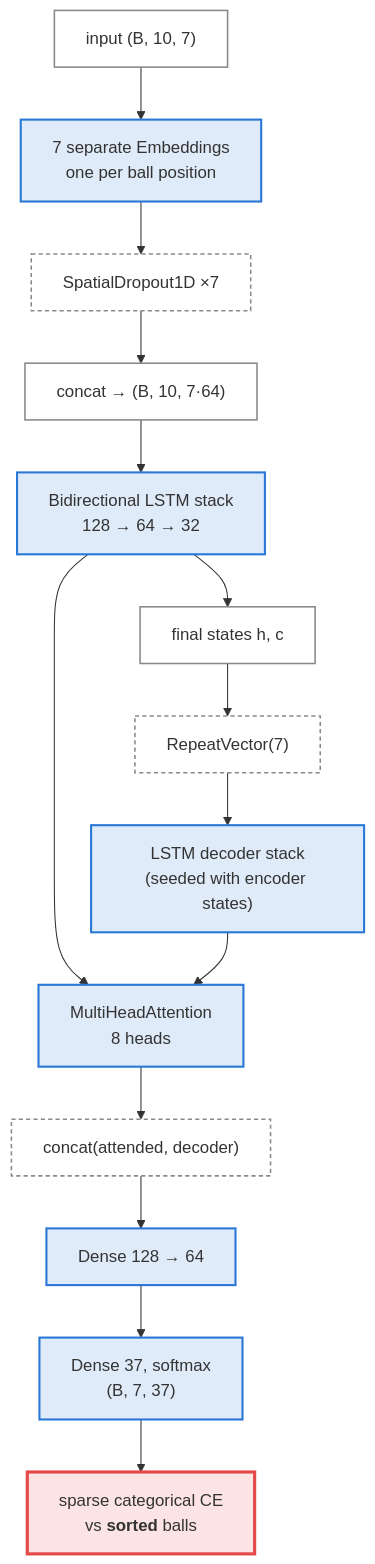
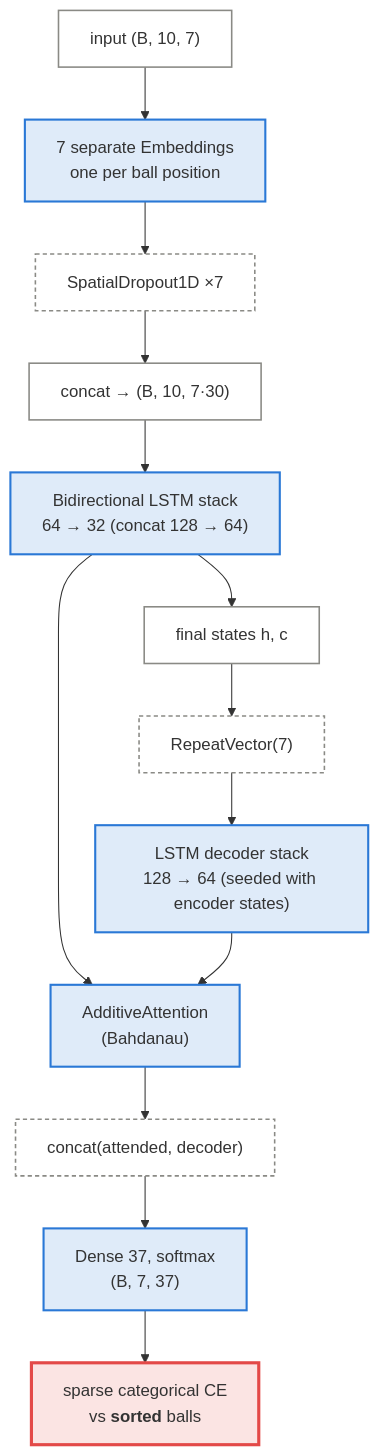
One commit to Timorleiderman/ILotto changed the first of 5 diagrams in docs/approaches/legacy-models.md. Above: the diagram before and after it, drawn with Mermaid. The commit also changed other lines of this file and 40 other files, not shown here.

````diff
--- a/docs/approaches/legacy-models.md
+++ b/docs/approaches/legacy-models.md
@@ -49,26 +49,25 @@
 ```mermaid
 flowchart TB
   I["input (B, 10, 7)"] --> E["7 separate Embeddings<br/>one per ball position"]
   E --> SD["SpatialDropout1D ×7"]
-  SD --> CC["concat → (B, 10, 7·64)"]
-  CC --> EN["Bidirectional LSTM stack<br/>128 → 64 → 32"]
+  SD --> CC["concat → (B, 10, 7·30)"]
+  CC --> EN["Bidirectional LSTM stack<br/>64 → 32 (concat 128 → 64)"]
   EN --> ST["final states h, c"]
   ST --> RV["RepeatVector(7)"]
-  RV --> DE["LSTM decoder stack<br/>(seeded with encoder states)"]
-  EN --> AT["MultiHeadAttention<br/>8 heads"]
+  RV --> DE["LSTM decoder stack<br/>128 → 64 (seeded with encoder states)"]
+  EN --> AT["AdditiveAttention<br/>(Bahdanau)"]
   DE --> AT
   AT --> CAT["concat(attended, decoder)"]
-  CAT --> DN["Dense 128 → 64"]
-  DN --> O["Dense 37, softmax<br/>(B, 7, 37)"]
+  CAT --> O["Dense 37, softmax<br/>(B, 7, 37)"]
   O --> L["sparse categorical CE<br/>vs <b>sorted</b> balls"]
 
   class I,CC,ST data
-  class E,EN,DE,AT,DN,O learn
+  class E,EN,DE,AT,O learn
   class SD,RV,CAT op
   class L flaw
   classDef data fill:none,stroke:#8a8a85,stroke-width:1.5px
   classDef learn fill:#2a78d626,stroke:#2a78d6,stroke-width:2px
   classDef op fill:none,stroke:#8a8a85,stroke-width:1.5px,stroke-dasharray:4 3
   classDef out fill:#199e7026,stroke:#199e70,stroke-width:2.5px
   classDef flaw fill:#e3494826,stroke:#e34948,stroke-width:3px
 ```
````
